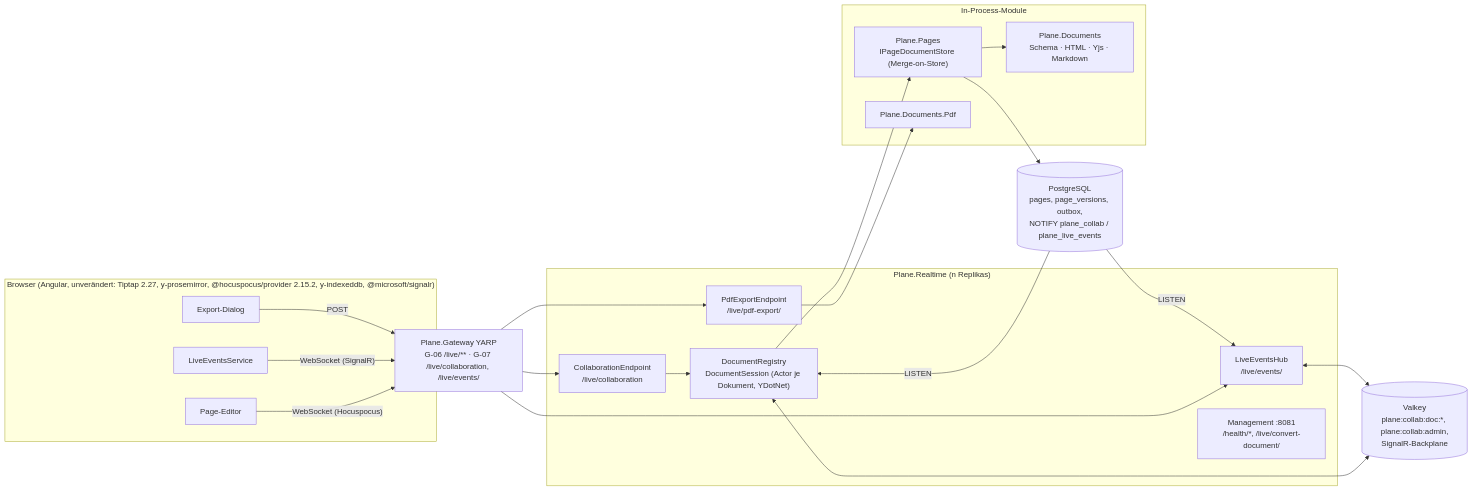
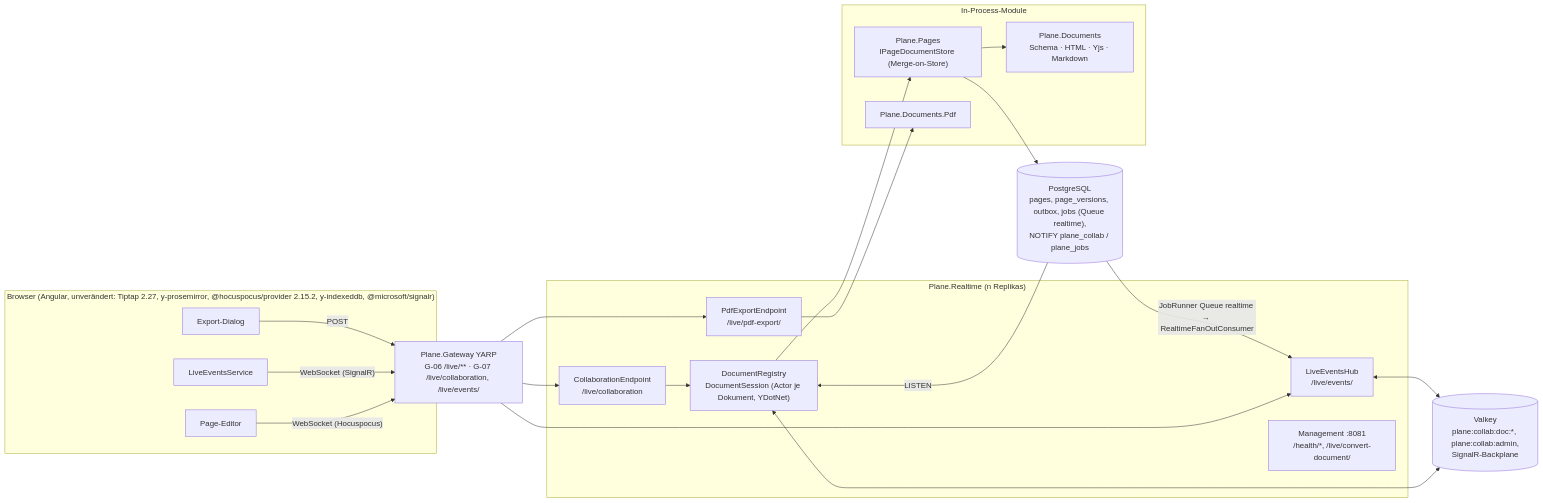
The first of 4 diagrams in migration/architecture/07-realtime-kollaboration-dokumente.md (mlwr/plane), drawn with Mermaid before and after one commit. The commit also changed other lines of this file and 14 other files, not shown here.

````diff
--- a/migration/architecture/07-realtime-kollaboration-dokumente.md
+++ b/migration/architecture/07-realtime-kollaboration-dokumente.md
@@ -103,32 +103,32 @@
 ```mermaid
 flowchart LR
   subgraph Browser["Browser (Angular, unverändert: Tiptap 2.27, y-prosemirror, @hocuspocus/provider 2.15.2, y-indexeddb, @microsoft/signalr)"]
     ED[Page-Editor]
     LE[LiveEventsService]
     EX[Export-Dialog]
   end
-  GW[Plane.Gateway YARP<br/>G-06 /live/** · G-07 /live/collaboration, /live/events/]
+  GW["Plane.Gateway YARP<br/>G-06 /live/** · G-07 /live/collaboration, /live/events/"]
   subgraph RT["Plane.Realtime (n Replikas)"]
     WS["CollaborationEndpoint<br/>/live/collaboration"]
     REG["DocumentRegistry<br/>DocumentSession (Actor je Dokument, YDotNet)"]
     HUB["LiveEventsHub<br/>/live/events/"]
     PDF["PdfExportEndpoint<br/>/live/pdf-export/"]
     MGMT["Management :8081<br/>/health/*, /live/convert-document/"]
   end
   subgraph Mods["In-Process-Module"]
     PG["Plane.Pages<br/>IPageDocumentStore (Merge-on-Store)"]
     DOC["Plane.Documents<br/>Schema · HTML · Yjs · Markdown"]
     DPDF["Plane.Documents.Pdf"]
   end
-  VK[(Valkey<br/>plane:collab:doc:*, plane:collab:admin,<br/>SignalR-Backplane)]
-  PGS[(PostgreSQL<br/>pages, page_versions, outbox,<br/>NOTIFY plane_collab / plane_live_events)]
-  ED -- WebSocket (Hocuspocus) --> GW --> WS --> REG
-  LE -- WebSocket (SignalR) --> GW --> HUB
-  EX -- POST --> GW --> PDF --> DPDF
+  VK[("Valkey<br/>plane:collab:doc:*, plane:collab:admin,<br/>SignalR-Backplane")]
+  PGS[("PostgreSQL<br/>pages, page_versions, outbox, jobs (Queue realtime),<br/>NOTIFY plane_collab / plane_jobs")]
+  ED -->|"WebSocket (Hocuspocus)"| GW --> WS --> REG
+  LE -->|"WebSocket (SignalR)"| GW --> HUB
+  EX -->|POST| GW --> PDF --> DPDF
   REG --> PG --> PGS
   PG --> DOC
   REG <--> VK
-  PGS -- LISTEN --> REG
-  PGS -- LISTEN --> HUB
+  PGS -->|LISTEN| REG
+  PGS -->|"JobRunner Queue realtime → RealtimeFanOutConsumer"| HUB
   HUB <--> VK
 ```
````
